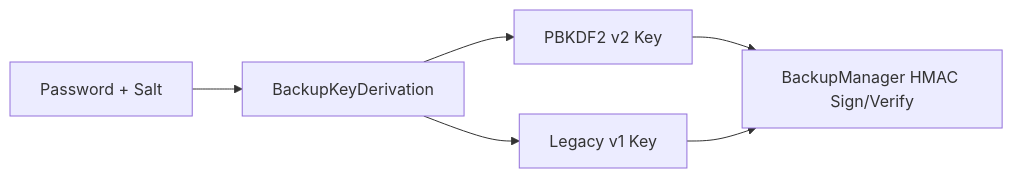
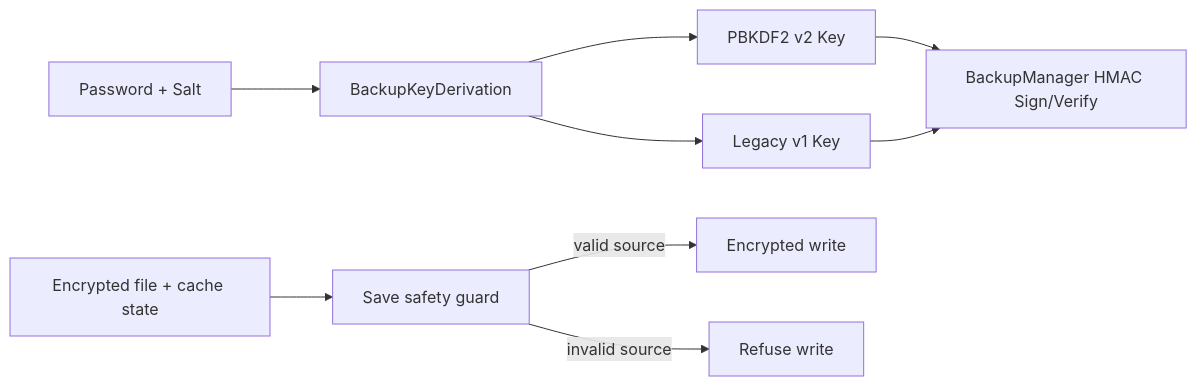
The diagram in src/encryption.md (johandersson/.LOG-hog), drawn with Mermaid before and after one commit. The commit also changed other lines of this file and 7 other files, not shown here.

````diff
--- a/src/encryption.md
+++ b/src/encryption.md
@@ -126,8 +130,11 @@
 ```mermaid
 flowchart LR
   P[Password + Salt] --> BK[BackupKeyDerivation]
   BK --> V2[PBKDF2 v2 Key]
   BK --> V1[Legacy v1 Key]
   V2 --> BM[BackupManager HMAC Sign/Verify]
   V1 --> BM
+  EF[Encrypted file + cache state] --> SG[Save safety guard]
+  SG -->|valid source| EW[Encrypted write]
+  SG -->|invalid source| RW[Refuse write]
 ```
````
